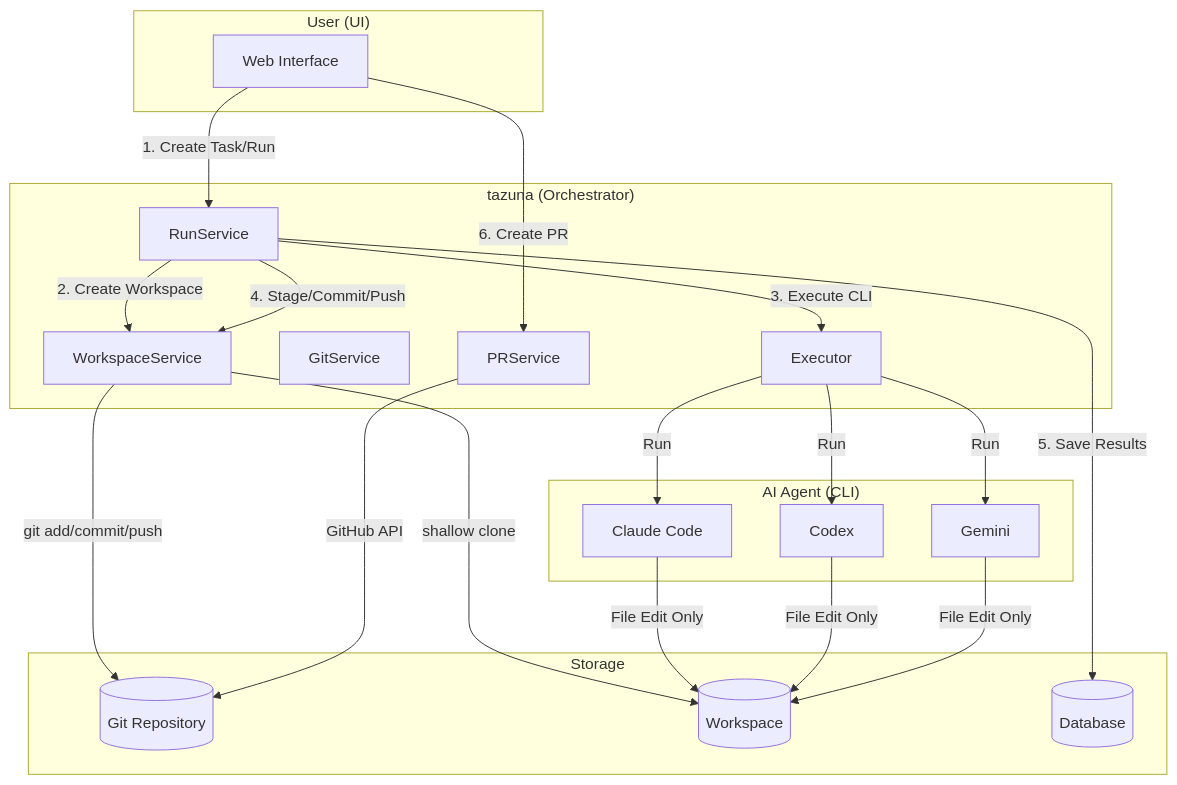
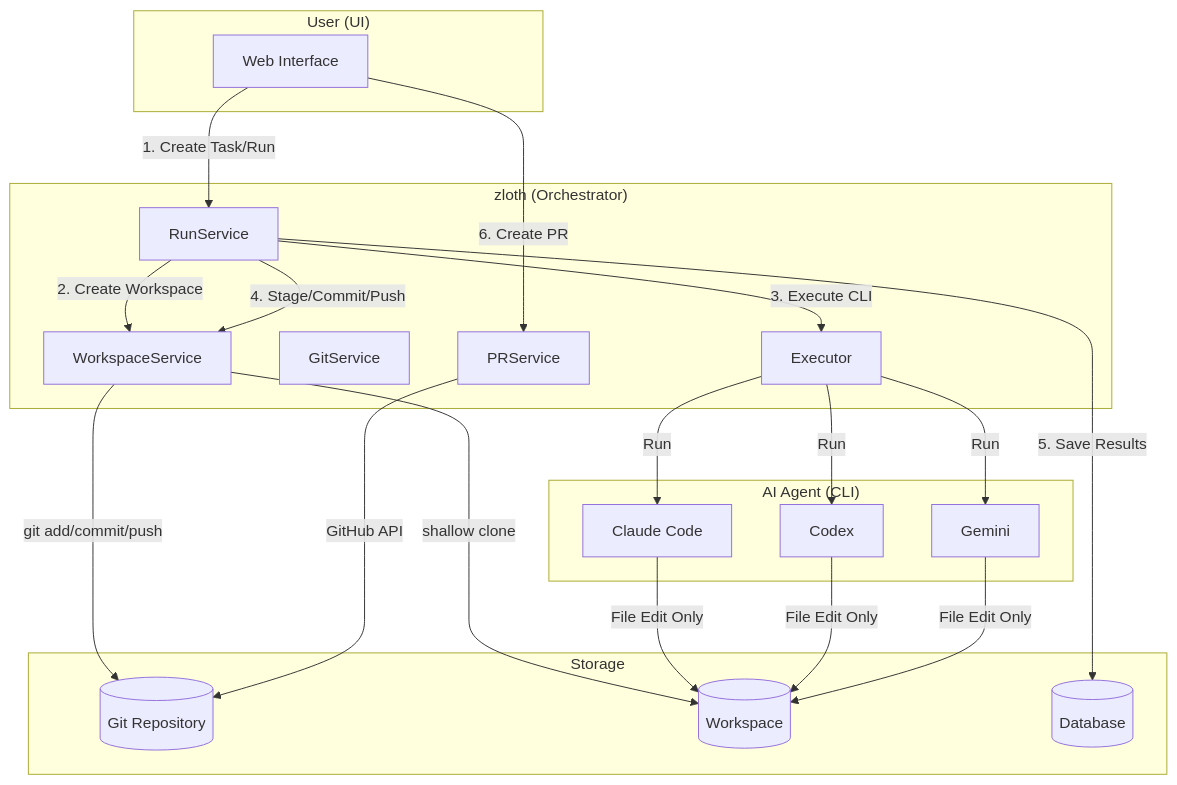
One commit to hampen2929/zloth changed the first of 7 diagrams in docs/worktree_workflow_diagram.md. Above: the diagram before and after it, drawn with Mermaid. The commit also changed other lines of this file and 175 other files, not shown here.

````diff
--- a/docs/worktree_workflow_diagram.md
+++ b/docs/worktree_workflow_diagram.md
@@ -16,42 +16,42 @@
 ```mermaid
 graph TB
     subgraph User["User (UI)"]
         UI[Web Interface]
     end
 
-    subgraph Orchestrator["tazuna (Orchestrator)"]
+    subgraph Orchestrator["zloth (Orchestrator)"]
         RS[RunService]
         WS[WorkspaceService]
         GS[GitService]
         PS[PRService]
         EX[Executor]
     end
 
     subgraph Agent["AI Agent (CLI)"]
         CC[Claude Code]
         CX[Codex]
         GM[Gemini]
     end
 
     subgraph Storage["Storage"]
         GIT[(Git Repository)]
         WORK[(Workspace)]
         DB[(Database)]
     end
 
     UI -->|1. Create Task/Run| RS
     RS -->|2. Create Workspace| WS
     WS -->|shallow clone| WORK
     RS -->|3. Execute CLI| EX
     EX -->|Run| CC
     EX -->|Run| CX
     EX -->|Run| GM
     CC -->|File Edit Only| WORK
     CX -->|File Edit Only| WORK
     GM -->|File Edit Only| WORK
     RS -->|4. Stage/Commit/Push| WS
     WS -->|git add/commit/push| GIT
     RS -->|5. Save Results| DB
     UI -->|6. Create PR| PS
     PS -->|GitHub API| GIT
 ```
````
